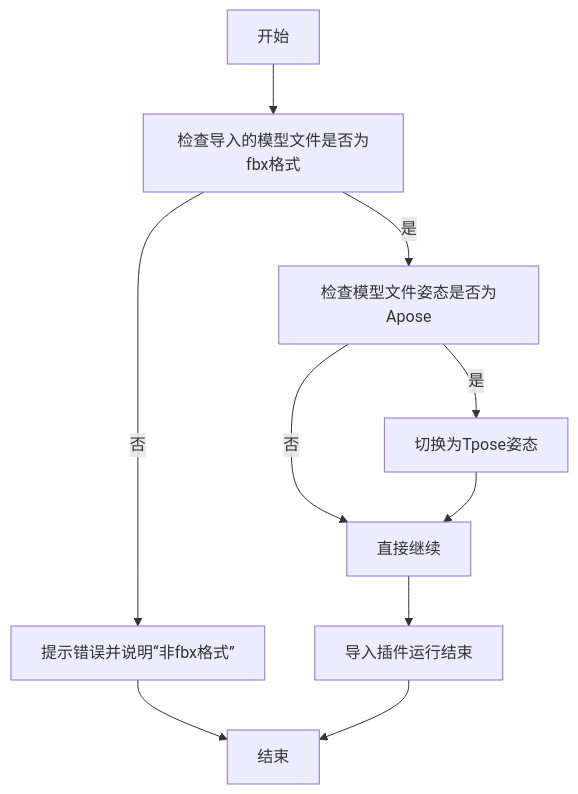
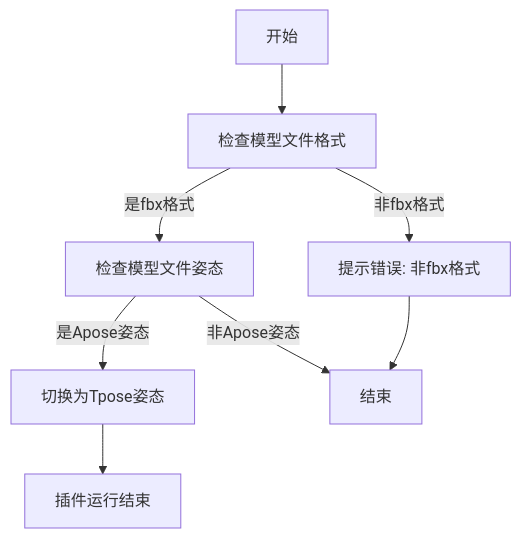
One commit to zade23/iodraw-files changed the diagram in all/未命名-1.md. Above: the diagram before and after it, drawn with Mermaid.

Commit message:
2024-11-25 18:01:58 update

````diff
--- a/all/未命名-1.md
+++ b/all/未命名-1.md
@@ -1,15 +1,13 @@
 ```mermaid
 graph TD
-    A[开始] --> B[检查导入的模型文件是否为fbx格式]
-    B -->|是| C[检查模型文件姿态是否为Apose]
-    B -->|否| D[提示错误并说明“非fbx格式”]
-    D --> E[结束]
-    C -->|是| F[切换为Tpose姿态]
-    C -->|否| G[直接继续]
-    F --> G
-    G --> H[导入插件运行结束]
-    H --> E
+    A[开始] --> B[检查模型文件格式]
+    B -->|是fbx格式| C[检查模型文件姿态]
+    B -->|非fbx格式| D[提示错误: 非fbx格式]
+    C -->|是Apose姿态| E[切换为Tpose姿态]
+    C -->|非Apose姿态| F[结束]
+    E --> G[插件运行结束]
+    D --> F
 
 
 
 ```
````
